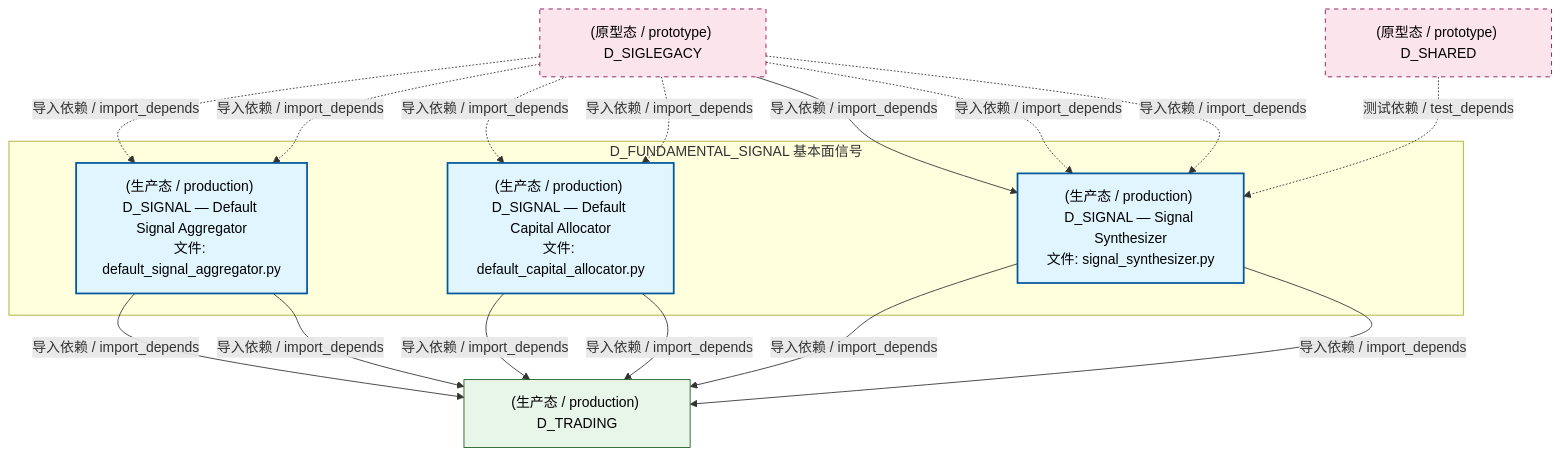
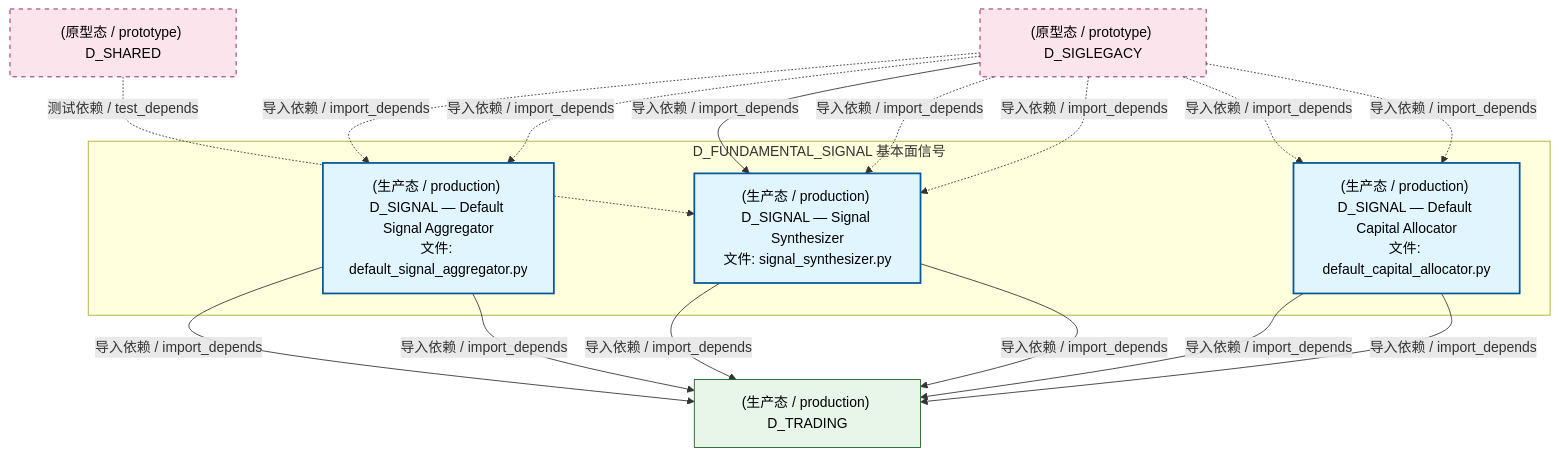
The second of 4 diagrams in docs/02_enterprise_architecture/02_domain_architecture_docs/37_d_fundamental_signal.md (xuanFelixVan/ZephyrAlpha), drawn with Mermaid before and after one commit. The commit also changed other lines of this file and 126 other files, not shown here.

````diff
--- a/docs/02_enterprise_architecture/02_domain_architecture_docs/37_d_fundamental_signal.md
+++ b/docs/02_enterprise_architecture/02_domain_architecture_docs/37_d_fundamental_signal.md
@@ -134,32 +134,32 @@
 ```mermaid
 graph TD
     subgraph D_FUNDAMENTAL_SIGNAL["D_FUNDAMENTAL_SIGNAL 基本面信号"]
         src_zephyr_signal_fundamental_gen_implementations_default_signal_aggregator_py["(生产态 / production) D_SIGNAL — Default Signal Aggregator<br/>文件: default_signal_aggregator.py"]
         src_zephyr_signal_fundamental_strategy_implementations_default_capital_allocator_py["(生产态 / production) D_SIGNAL — Default Capital Allocator<br/>文件: default_capital_allocator.py"]
         src_zephyr_signal_fundamental_synth_signal_synthesizer_py["(生产态 / production) D_SIGNAL — Signal Synthesizer<br/>文件: signal_synthesizer.py"]
     end
     D_TRADING["(生产态 / production) D_TRADING"]
     src_zephyr_signal_fundamental_synth_signal_synthesizer_py -->|导入依赖 / import_depends| D_TRADING
+    src_zephyr_signal_fundamental_strategy_implementations_default_capital_allocator_py -->|导入依赖 / import_depends| D_TRADING
     src_zephyr_signal_fundamental_gen_implementations_default_signal_aggregator_py -->|导入依赖 / import_depends| D_TRADING
+    src_zephyr_signal_fundamental_synth_signal_synthesizer_py -->|导入依赖 / import_depends| D_TRADING
+    src_zephyr_signal_fundamental_strategy_implementations_default_capital_allocator_py -->|导入依赖 / import_depends| D_TRADING
     src_zephyr_signal_fundamental_gen_implementations_default_signal_aggregator_py -->|导入依赖 / import_depends| D_TRADING
-    src_zephyr_signal_fundamental_strategy_implementations_default_capital_allocator_py -->|导入依赖 / import_depends| D_TRADING
-    src_zephyr_signal_fundamental_strategy_implementations_default_capital_allocator_py -->|导入依赖 / import_depends| D_TRADING
-    src_zephyr_signal_fundamental_synth_signal_synthesizer_py -->|导入依赖 / import_depends| D_TRADING
     D_SIGLEGACY["(原型态 / prototype) D_SIGLEGACY"]
     D_SIGLEGACY -.->|导入依赖 / import_depends| src_zephyr_signal_fundamental_gen_implementations_default_signal_aggregator_py
     D_SIGLEGACY -.->|导入依赖 / import_depends| src_zephyr_signal_fundamental_gen_implementations_default_signal_aggregator_py
-    D_SIGLEGACY -.->|导入依赖 / import_depends| src_zephyr_signal_fundamental_strategy_implementations_default_capital_allocator_py
-    D_SIGLEGACY -.->|导入依赖 / import_depends| src_zephyr_signal_fundamental_strategy_implementations_default_capital_allocator_py
     D_SIGLEGACY -->|导入依赖 / import_depends| src_zephyr_signal_fundamental_synth_signal_synthesizer_py
     D_SIGLEGACY -.->|导入依赖 / import_depends| src_zephyr_signal_fundamental_synth_signal_synthesizer_py
     D_SIGLEGACY -.->|导入依赖 / import_depends| src_zephyr_signal_fundamental_synth_signal_synthesizer_py
     D_SHARED["(原型态 / prototype) D_SHARED"]
     D_SHARED -.->|测试依赖 / test_depends| src_zephyr_signal_fundamental_synth_signal_synthesizer_py
+    D_SIGLEGACY -.->|导入依赖 / import_depends| src_zephyr_signal_fundamental_strategy_implementations_default_capital_allocator_py
+    D_SIGLEGACY -.->|导入依赖 / import_depends| src_zephyr_signal_fundamental_strategy_implementations_default_capital_allocator_py
     classDef production fill:#e1f5fe,stroke:#01579b,stroke-width:2px,color:#000
     classDef design fill:#fff3e0,stroke:#e65100,stroke-width:2px,color:#000,stroke-dasharray: 5 5
     classDef external_prod fill:#e8f5e9,stroke:#1b5e20,stroke-width:1px,color:#000
     classDef external_design fill:#fce4ec,stroke:#880e4f,stroke-width:1px,color:#000,stroke-dasharray: 5 5
     class src_zephyr_signal_fundamental_gen_implementations_default_signal_aggregator_py,src_zephyr_signal_fundamental_strategy_implementations_default_capital_allocator_py,src_zephyr_signal_fundamental_synth_signal_synthesizer_py production
     class D_TRADING external_prod
     class D_SIGLEGACY,D_SHARED external_design
 ```
````
